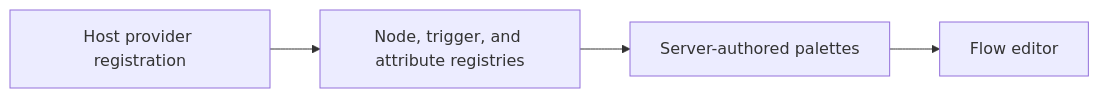
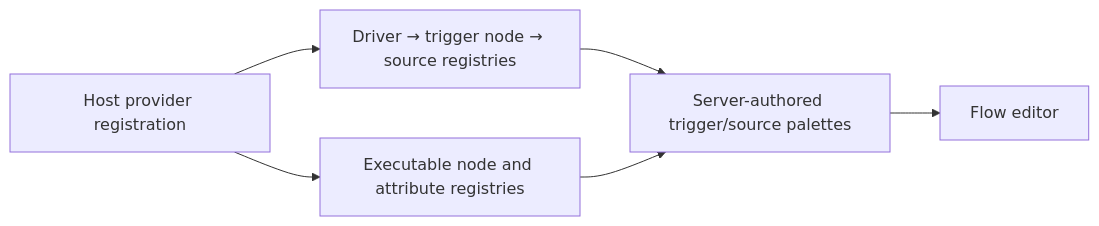
The first of 3 diagrams in docs/gitbook/contributing/architecture.md (mikelmao/laravel-nodeflow), drawn with Mermaid before and after one commit. The commit also changed other lines of this file and 34 other files, not shown here.

````diff
--- a/docs/gitbook/contributing/architecture.md
+++ b/docs/gitbook/contributing/architecture.md
@@ -26,6 +26,8 @@
 ```mermaid
 flowchart LR
-    R[Host provider registration] --> N[Node, trigger, and attribute registries]
-    N --> P[Server-authored palettes]
+    R[Host provider registration] --> D[Driver → trigger node → source registries]
+    R --> N[Executable node and attribute registries]
+    D --> P[Server-authored trigger/source palettes]
+    N --> P
     P --> E[Flow editor]
 ```
````
